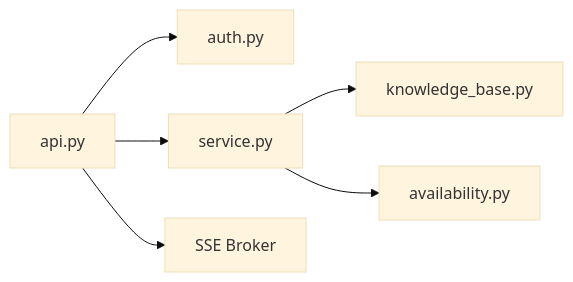
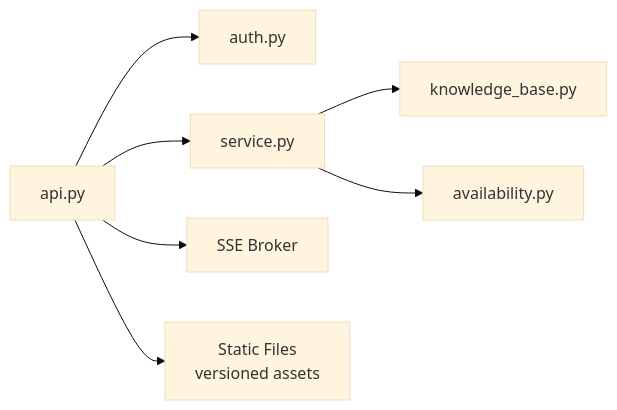
One commit to intellistream/sage-mate changed the third of 3 diagrams in .qoder/repowiki/en/content/API Reference/API Reference.md. Above: the diagram before and after it, drawn with Mermaid (base theme). The commit also changed other lines of this file and 34 other files, not shown here.

````diff
--- a/.qoder/repowiki/en/content/API Reference/API Reference.md
+++ b/.qoder/repowiki/en/content/API Reference/API Reference.md
@@ -358,8 +387,9 @@
 ```mermaid
 graph LR
 API["api.py"] --> AUTH["auth.py"]
 API --> SVC["service.py"]
 SVC --> KB["knowledge_base.py"]
 SVC --> AV["availability.py"]
 API --> SSE["SSE Broker"]
+API --> STATIC["Static Files<br/>versioned assets"]
 ```
````
